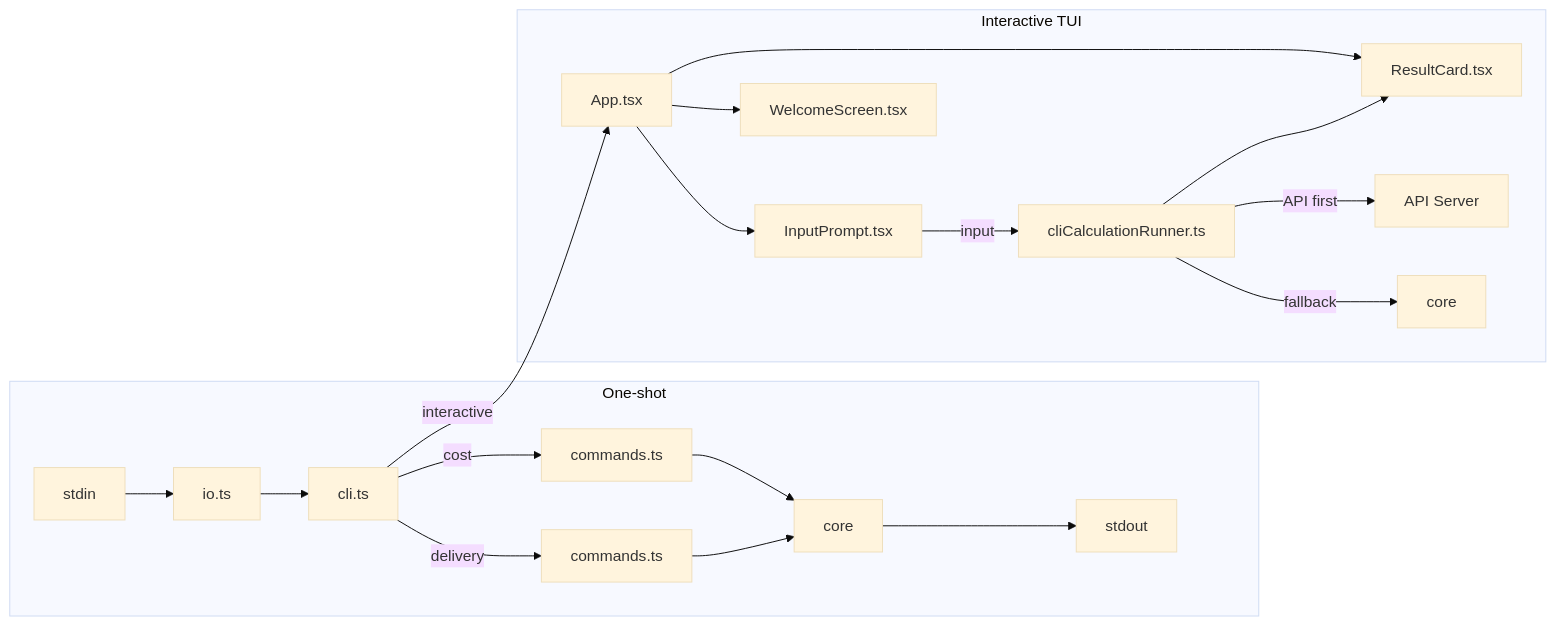
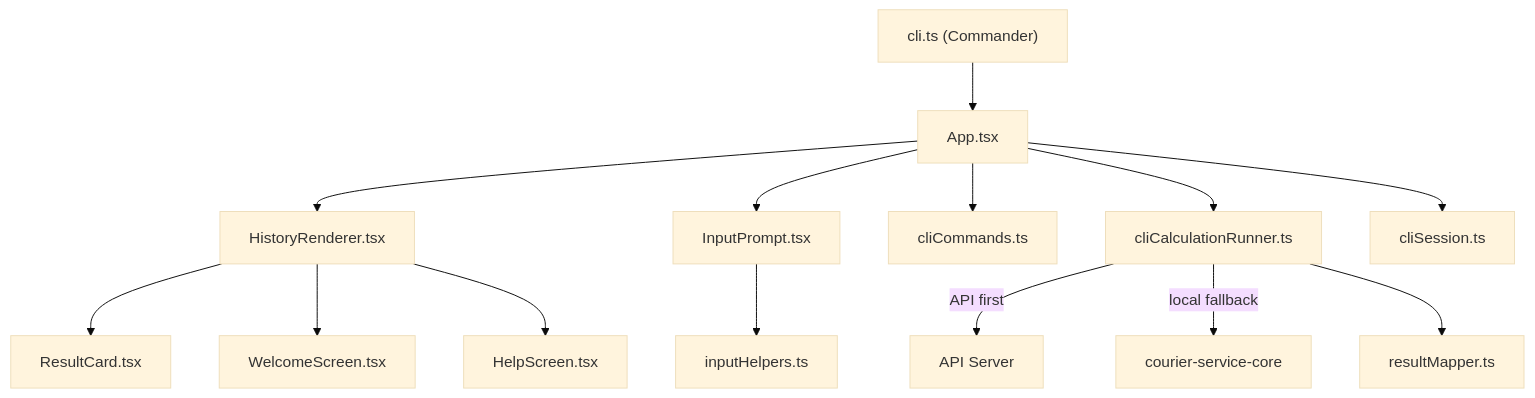
The diagram in README.md (nurulizyansyaza/courier-service-cli), drawn with Mermaid (base theme) before and after one commit. The commit also changed other lines of this file and 18 other files, not shown here.

````diff
--- a/README.md
+++ b/README.md
@@ -257,23 +151,16 @@
 ```mermaid
-graph LR
-    subgraph One-shot
-        Stdin["stdin"] --> IO["io.ts"]
-        IO --> CLI["cli.ts"]
-        CLI -->|"cost"| Cost["commands.ts"]
-        CLI -->|"delivery"| Delivery["commands.ts"]
-        Cost --> Core["core"]
-        Delivery --> Core
-        Core --> Stdout["stdout"]
-    end
-
-    subgraph Interactive TUI
-        CLI -->|"interactive"| App["App.tsx"]
-        App --> Prompt["InputPrompt.tsx"]
-        App --> Results["ResultCard.tsx"]
-        App --> Welcome["WelcomeScreen.tsx"]
-        Prompt -->|"input"| Runner["cliCalculationRunner.ts"]
-        Runner -->|"API first"| API["API Server"]
-        Runner -->|"fallback"| Core2["core"]
-        Runner --> Results
-    end
+graph TD
+    CLI["cli.ts (Commander)"] --> App["App.tsx"]
+    App --> History["HistoryRenderer.tsx"]
+    App --> Prompt["InputPrompt.tsx"]
+    App --> Commands["cliCommands.ts"]
+    App --> Runner["cliCalculationRunner.ts"]
+    Runner -->|"API first"| API["API Server"]
+    Runner -->|"local fallback"| Core["courier-service-core"]
+    Runner --> Mapper["resultMapper.ts"]
+    Prompt --> Helpers["inputHelpers.ts"]
+    History --> ResultCard["ResultCard.tsx"]
+    History --> Welcome["WelcomeScreen.tsx"]
+    History --> HelpScreen["HelpScreen.tsx"]
+    App --> Session["cliSession.ts"]
 ```
````
